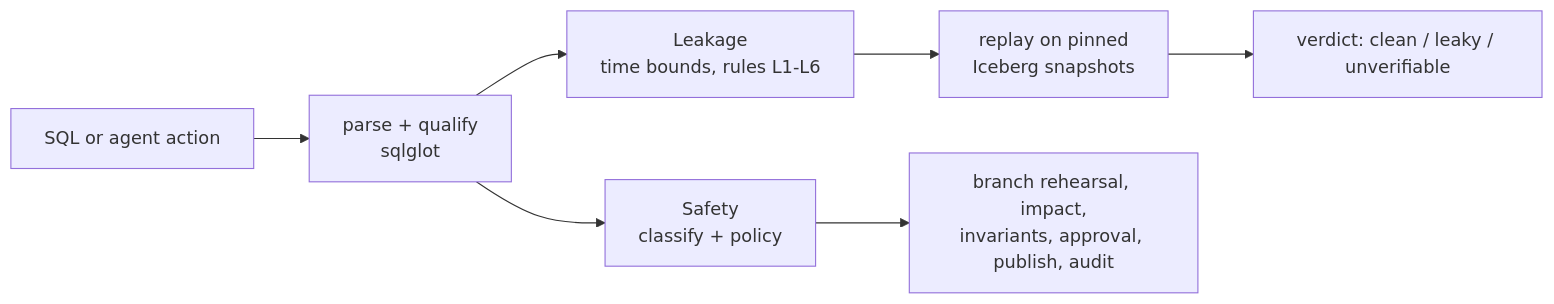
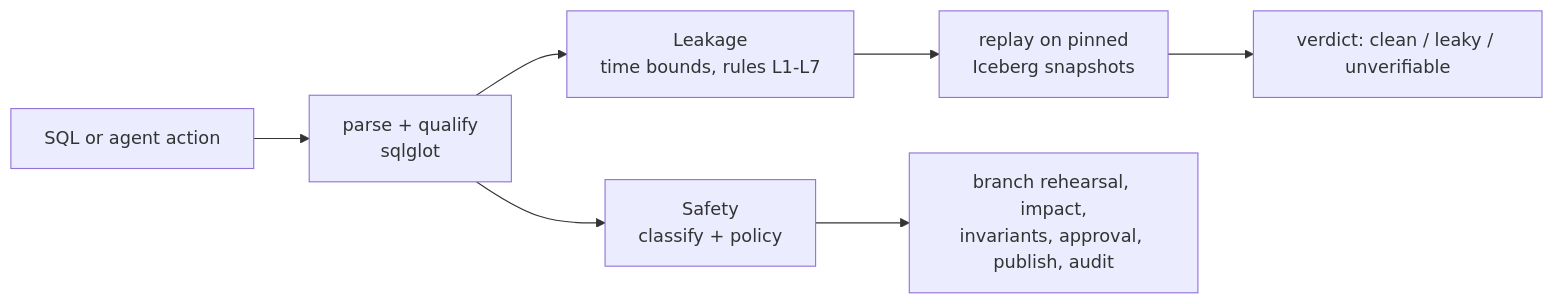
Before and after one commit to winthebest/lakehouse-sql-guard: the diagram in README.md, drawn with Mermaid. The commit also changed other lines of this file and 3 other files, not shown here.

Commit message:
docs(leakage): reflect current rules, spec fields and limitations

````diff
--- a/README.md
+++ b/README.md
@@ -30,9 +30,9 @@
 ```mermaid
 flowchart LR
     SQL[SQL or agent action] --> P[parse + qualify<br/>sqlglot]
-    P --> L[Leakage<br/>time bounds, rules L1-L6]
+    P --> L[Leakage<br/>time bounds, rules L1-L7]
     P --> C[Safety<br/>classify + policy]
     L --> R[replay on pinned<br/>Iceberg snapshots]
     R --> V[verdict: clean / leaky / unverifiable]
     C --> G[branch rehearsal, impact,<br/>invariants, approval, publish, audit]
 ```
````
